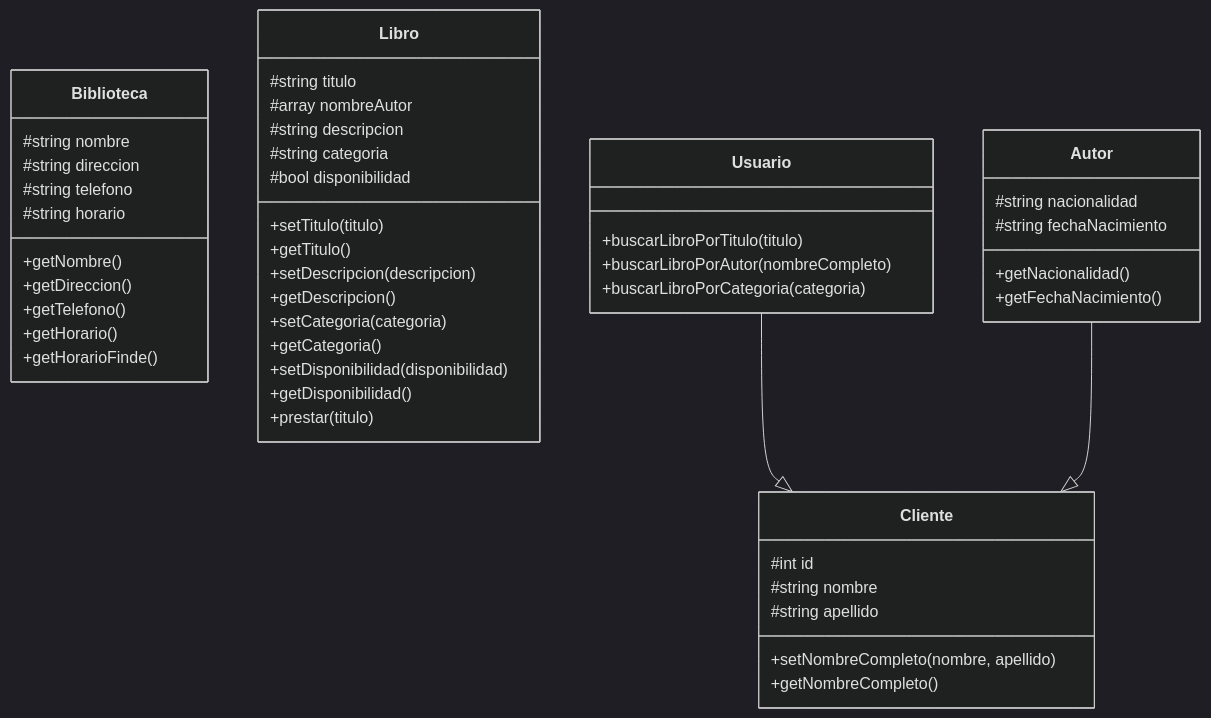
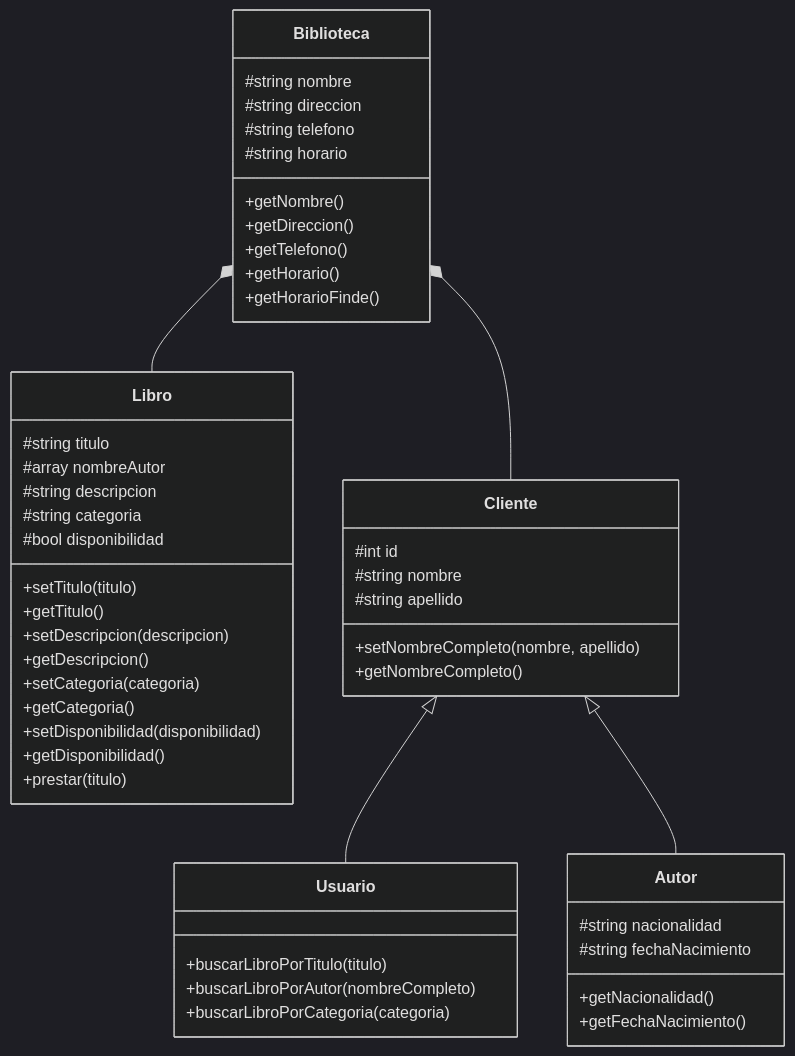
One commit to AlexReyesHuezo/bibliotech changed the diagram in README.md. Above: the diagram before and after it, drawn with Mermaid (dark theme).

Commit message:
docs: add composition relationship and top-down inheritance disponse

````diff
--- a/README.md
+++ b/README.md
@@ -18,53 +18,55 @@
 ```mermaid
 ---
 Bibliotech
 ---
 
 classDiagram
   class Biblioteca
+  Biblioteca *-- Libro
+  Biblioteca *-- Cliente
   Biblioteca: #string nombre
   Biblioteca: #string direccion
   Biblioteca: #string telefono
   Biblioteca: #string horario
   Biblioteca: +getNombre()
   Biblioteca: +getDireccion()
   Biblioteca: +getTelefono()
   Biblioteca: +getHorario()
   Biblioteca: +getHorarioFinde()
 
   class Libro
   Libro: #string titulo
   Libro: #array nombreAutor
   Libro: #string descripcion
   Libro: #string categoria
   Libro: #bool disponibilidad
   Libro: +setTitulo(titulo)
   Libro: +getTitulo()
   Libro: +setDescripcion(descripcion)
   Libro: +getDescripcion()
   Libro: +setCategoria(categoria)
   Libro: +getCategoria()
   Libro: +setDisponibilidad(disponibilidad)
   Libro: +getDisponibilidad()
   Libro: +prestar(titulo)
 
+  class Cliente
+  Cliente <|-- Usuario
+  Cliente <|-- Autor
+  Cliente: #int id
+  Cliente: #string nombre
+  Cliente: #string apellido
+  Cliente: +setNombreCompleto(nombre, apellido)
+  Cliente: +getNombreCompleto()
+
   class Autor
   Autor: #string nacionalidad
   Autor: #string fechaNacimiento
   Autor: +getNacionalidad()
   Autor: +getFechaNacimiento()
 
   class Usuario
   Usuario: +buscarLibroPorTitulo(titulo)
   Usuario: +buscarLibroPorAutor(nombreCompleto)
   Usuario: +buscarLibroPorCategoria(categoria)
-
-  class Cliente
-  Usuario --|> Cliente
-  Autor --|> Cliente
-  Cliente: #int id
-  Cliente: #string nombre
-  Cliente: #string apellido
-  Cliente: +setNombreCompleto(nombre, apellido)
-  Cliente: +getNombreCompleto()
 ```
````
